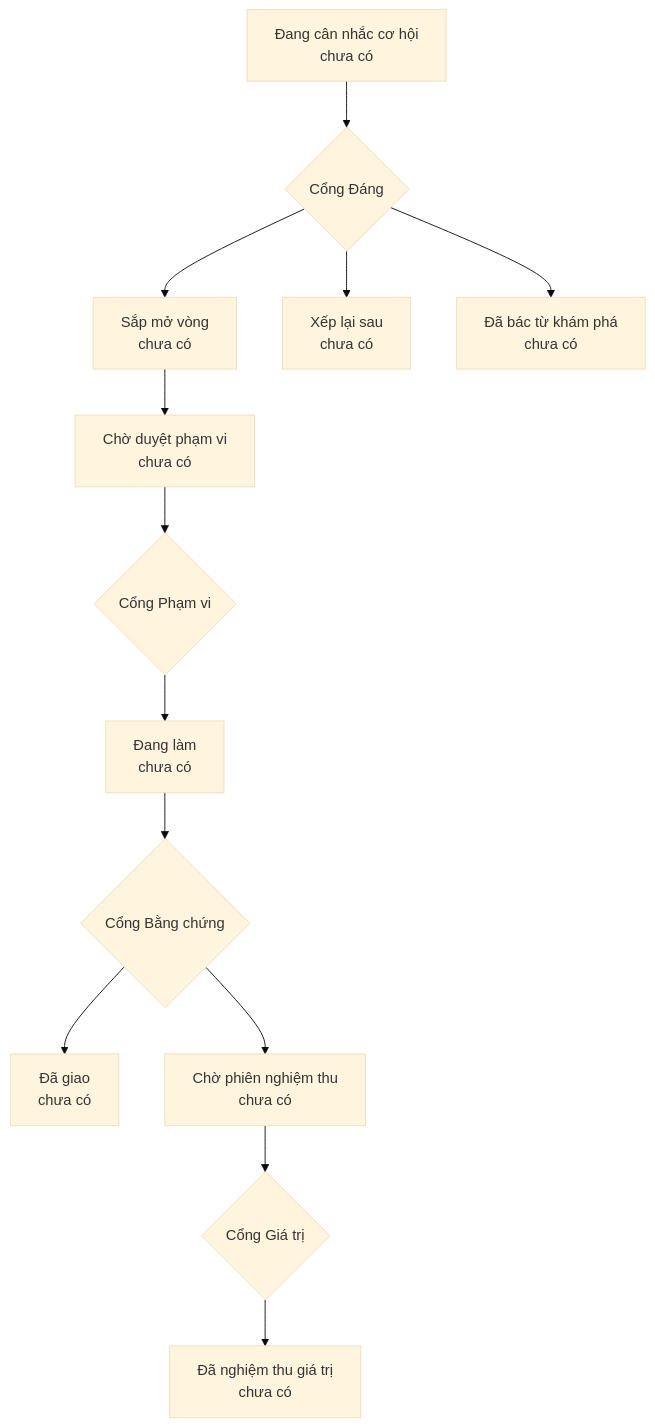
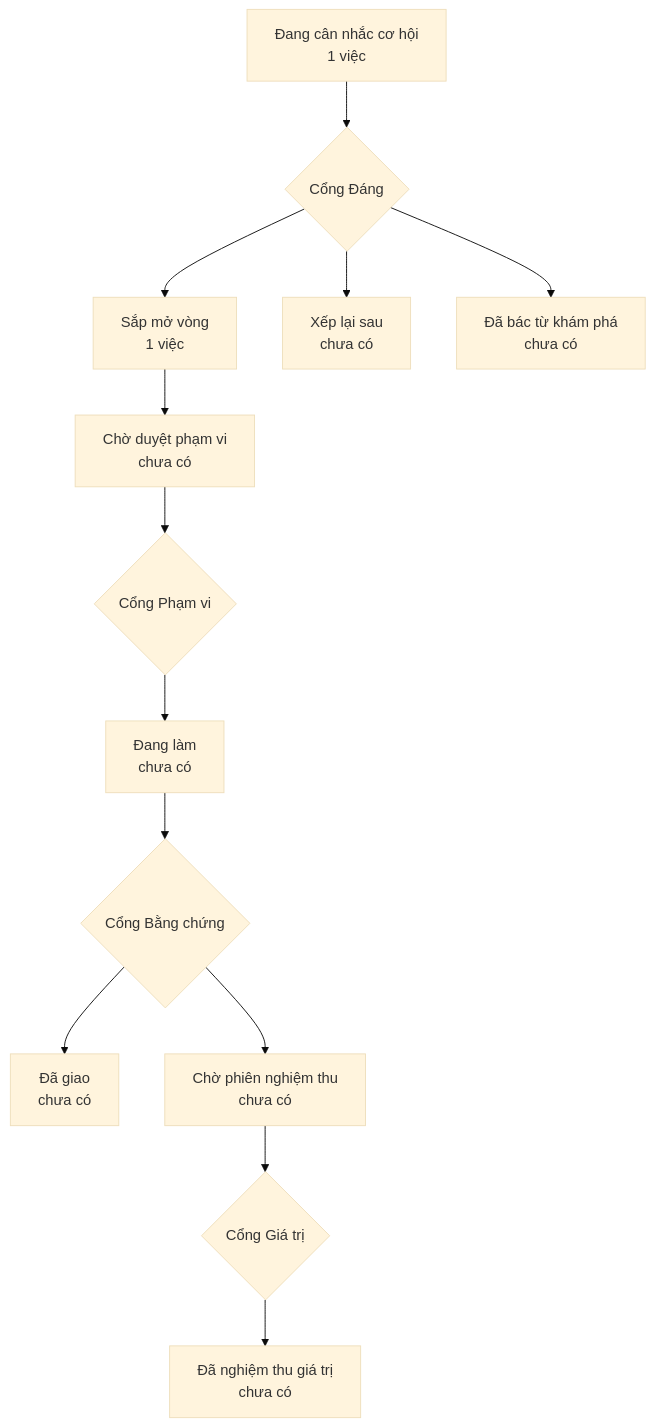
One commit to THU-MAIC/OpenMAIC changed the diagram in PRODUCT-MAP.md. Above: the diagram before and after it, drawn with Mermaid (base theme). The commit also changed other lines of this file and 2 other files, not shown here.

First line of the commit message:
docs(acceptance): ký Cổng Đáng cho cấu hình đi theo người

````diff
--- a/PRODUCT-MAP.md
+++ b/PRODUCT-MAP.md
@@ -6,12 +6,12 @@
 ```mermaid
 flowchart TD
-  A["Đang cân nhắc cơ hội<br/>chưa có"] --> GD{"Cổng Đáng"}
-  GD --> B["Sắp mở vòng<br/>chưa có"]
+  A["Đang cân nhắc cơ hội<br/>1 việc"] --> GD{"Cổng Đáng"}
+  GD --> B["Sắp mở vòng<br/>1 việc"]
   GD --> XL["Xếp lại sau<br/>chưa có"]
   GD --> DB["Đã bác từ khám phá<br/>chưa có"]
   B --> CD["Chờ duyệt phạm vi<br/>chưa có"] --> GP{"Cổng Phạm vi"}
   GP --> DL["Đang làm<br/>chưa có"] --> GB{"Cổng Bằng chứng"}
   GB --> DG["Đã giao<br/>chưa có"]
   GB --> CN["Chờ phiên nghiệm thu<br/>chưa có"] --> GG{"Cổng Giá trị"}
   GG --> NT["Đã nghiệm thu giá trị<br/>chưa có"]
 ```
````
